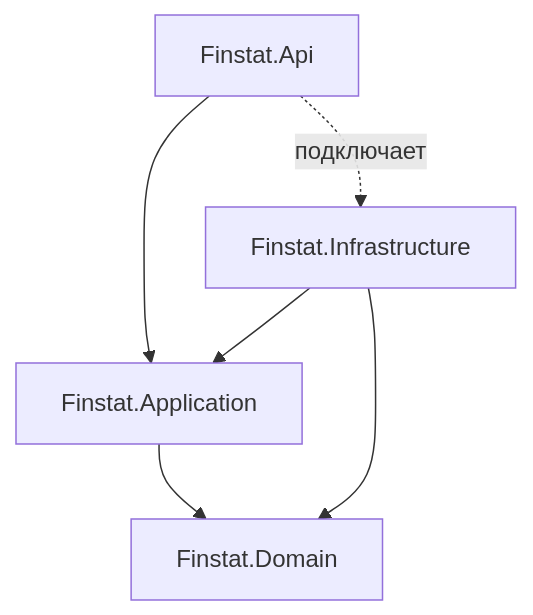
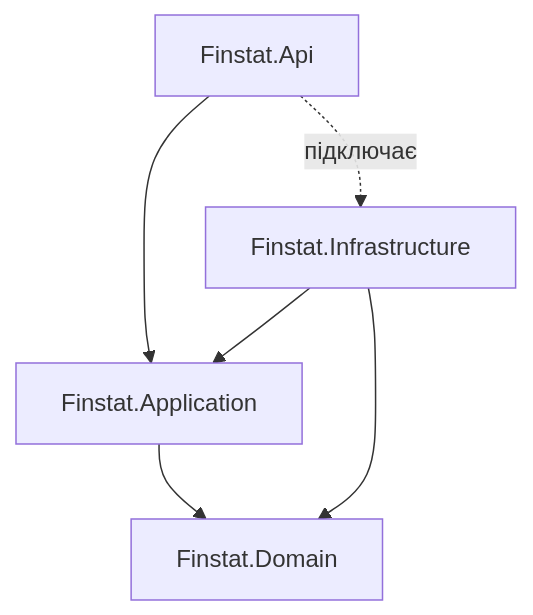
The second of 2 diagrams in README.md (shpvk/finstat), drawn with Mermaid before and after one commit. The commit also changed other lines of this file, not shown here.

````diff
--- a/README.md
+++ b/README.md
@@ -61,8 +61,8 @@
 ```mermaid
 flowchart TB
   Api[Finstat.Api] --> Application[Finstat.Application]
-  Api -. подключает .-> Infrastructure[Finstat.Infrastructure]
+  Api -. підключає .-> Infrastructure[Finstat.Infrastructure]
   Infrastructure --> Application
   Application --> Domain[Finstat.Domain]
   Infrastructure --> Domain
 ```
````
